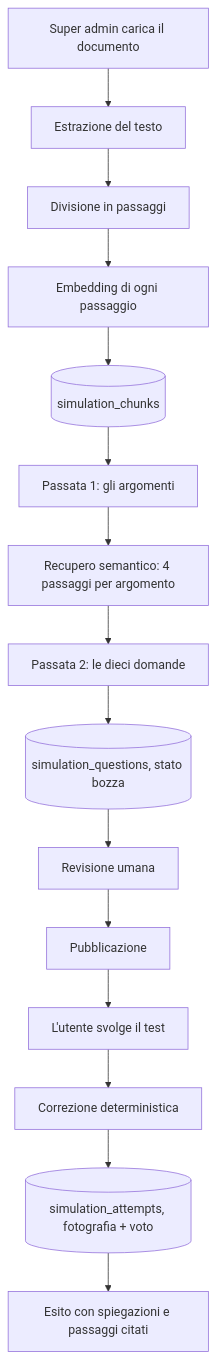
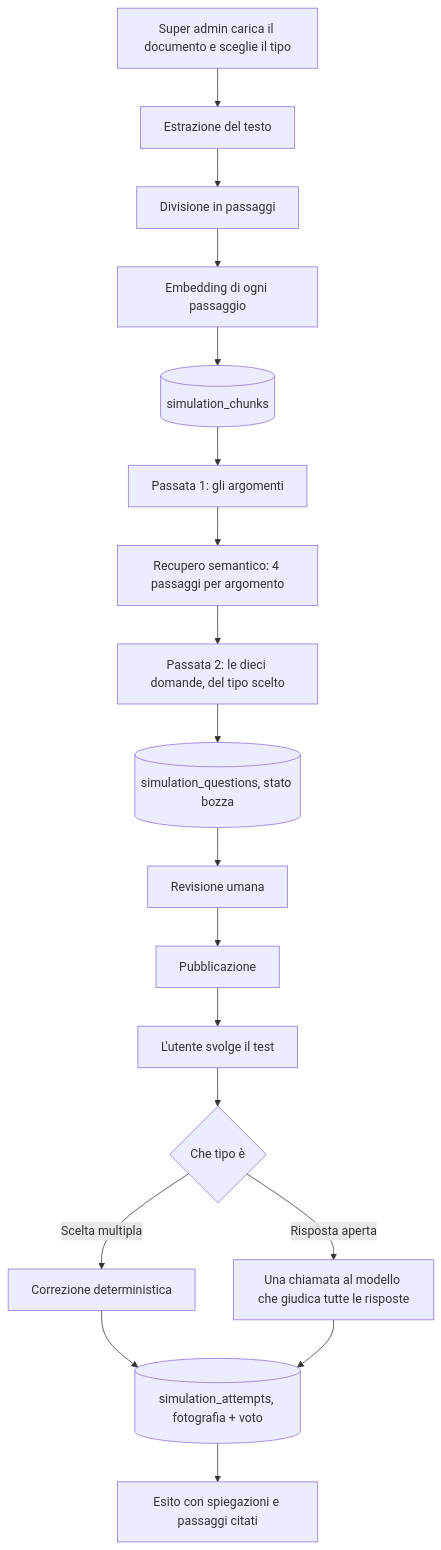
The diagram in docs/simulatore.md (DavideZanellato99/SkillLab), drawn with Mermaid before and after one commit. The commit also changed other lines of this file and 80 other files, not shown here.

````diff
--- a/docs/simulatore.md
+++ b/docs/simulatore.md
@@ -33,17 +57,20 @@
 ```mermaid
 flowchart TD
-    A[Super admin carica il documento] --> B[Estrazione del testo]
+    A[Super admin carica il documento e sceglie il tipo] --> B[Estrazione del testo]
     B --> C[Divisione in passaggi]
     C --> D[Embedding di ogni passaggio]
     D --> E[(simulation_chunks)]
     E --> F[Passata 1: gli argomenti]
     F --> G[Recupero semantico: 4 passaggi per argomento]
-    G --> H[Passata 2: le dieci domande]
+    G --> H[Passata 2: le dieci domande, del tipo scelto]
     H --> I[(simulation_questions, stato bozza)]
     I --> J[Revisione umana]
     J --> K[Pubblicazione]
     K --> L[L'utente svolge il test]
-    L --> M[Correzione deterministica]
-    M --> N[(simulation_attempts, fotografia + voto)]
-    N --> O[Esito con spiegazioni e passaggi citati]
+    L --> M{Che tipo è}
+    M -->|Scelta multipla| N[Correzione deterministica]
+    M -->|Risposta aperta| O[Una chiamata al modello che giudica tutte le risposte]
+    N --> P[(simulation_attempts, fotografia + voto)]
+    O --> P
+    P --> Q[Esito con spiegazioni e passaggi citati]
 ```
````
